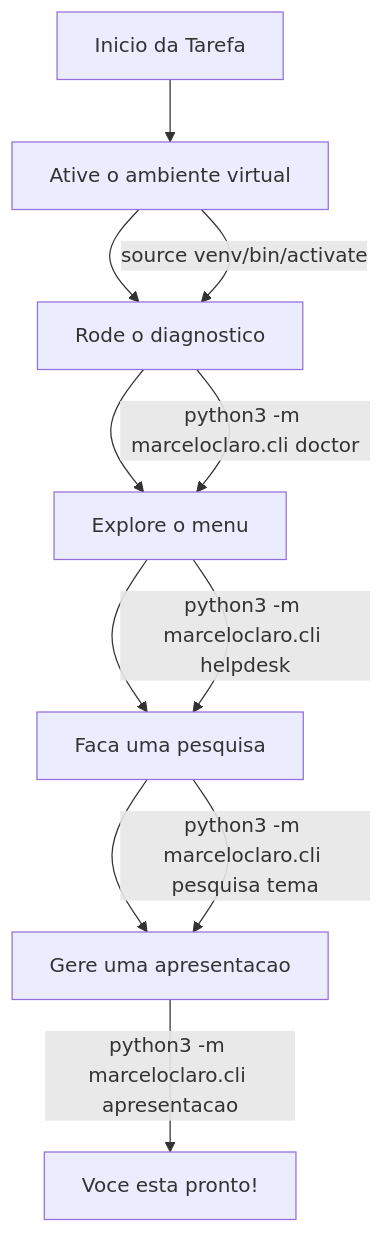
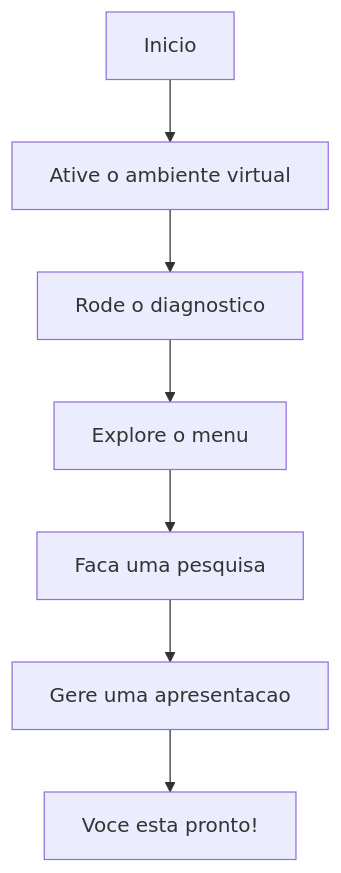
Before and after one commit to MarceloClaro/opencode-ecosystem-core: the first of 22 diagrams in README.md, drawn with Mermaid. The commit also changed other lines of this file, not shown here.

First line of the commit message:
feat(docs): fix flowcharts, add themes, translate datasets to Portuguese

````diff
--- a/README.md
+++ b/README.md
@@ -172,16 +173,9 @@
 ```mermaid
 flowchart TD
-    START["Inicio da Tarefa"] --> A1["Ative o ambiente virtual"]
-    A1 --> A2["Rode o diagnostico"]
-    A2 --> A3["Explore o menu"]
-    A3 --> A4["Faca uma pesquisa"]
-    A4 --> A5["Gere uma apresentacao"]
-
-    A1 -->|"source venv/bin/activate"| A2
-    A2 -->|"python3 -m marceloclaro.cli doctor"| A3
-    A3 -->|"python3 -m marceloclaro.cli helpdesk"| A4
-    A4 -->|"python3 -m marceloclaro.cli pesquisa tema"| A5
-    A5 -->|"python3 -m marceloclaro.cli apresentacao"| DONE
-
-    DONE["Voce esta pronto!"]
+    START[Inicio] --> A1[Ative o ambiente virtual]
+    A1 --> A2[Rode o diagnostico]
+    A2 --> A3[Explore o menu]
+    A3 --> A4[Faca uma pesquisa]
+    A4 --> A5[Gere uma apresentacao]
+    A5 --> DONE[Voce esta pronto!]
 ```
````
